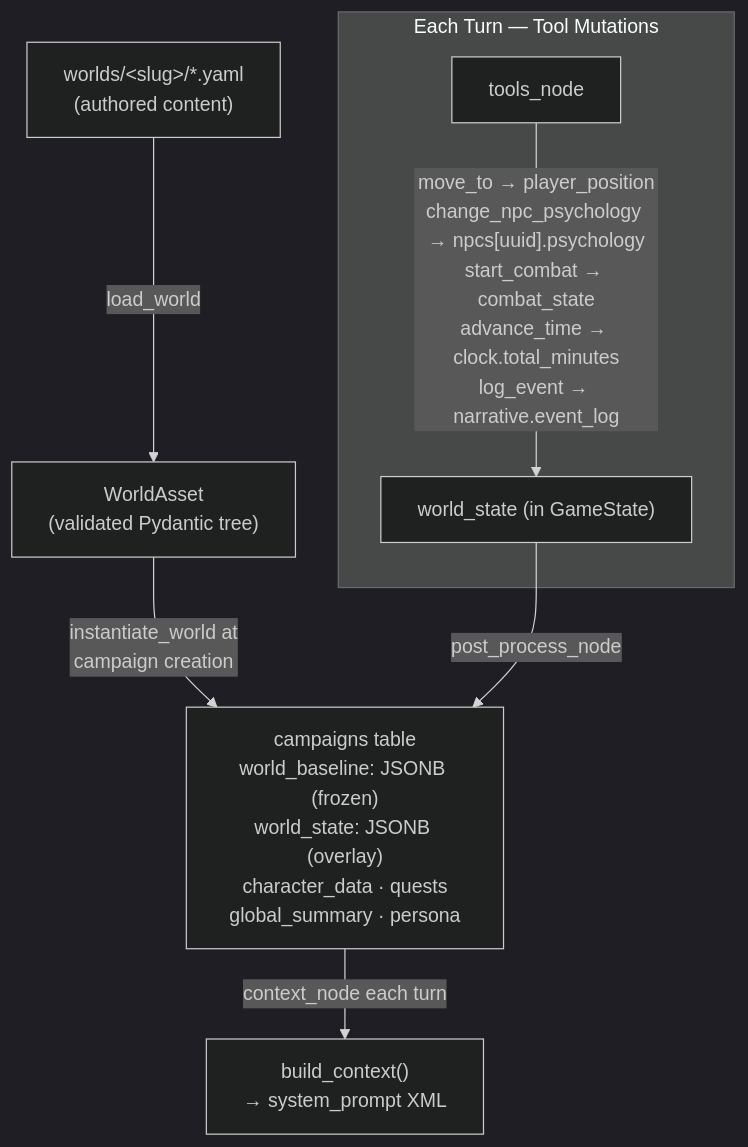
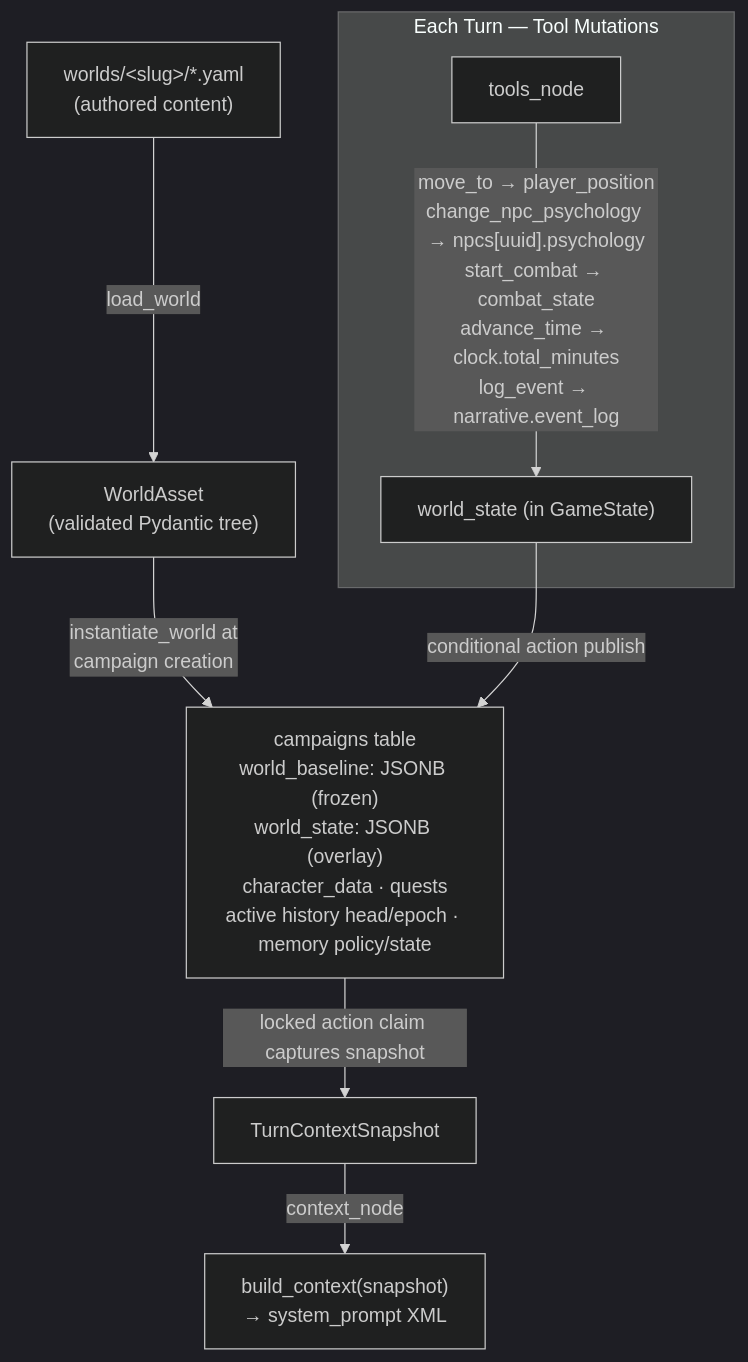
One commit to tommasomattarelli/saga changed the sixth of 7 diagrams in docs/AGENTIC_ARCHITECTURE.md. Above: the diagram before and after it, drawn with Mermaid (dark theme). The commit also changed other lines of this file and 5 other files, not shown here.

````diff
--- a/docs/AGENTIC_ARCHITECTURE.md
+++ b/docs/AGENTIC_ARCHITECTURE.md
@@ -404,12 +394,13 @@
 ```mermaid
 flowchart TD
     WY["worlds/&lt;slug&gt;/*.yaml\n(authored content)"] -->|load_world| WA["WorldAsset\n(validated Pydantic tree)"]
-    WA -->|instantiate_world at\ncampaign creation| CDB["campaigns table\nworld_baseline: JSONB (frozen)\nworld_state: JSONB (overlay)\ncharacter_data · quests\nglobal_summary · persona"]
+    WA -->|instantiate_world at\ncampaign creation| CDB["campaigns table\nworld_baseline: JSONB (frozen)\nworld_state: JSONB (overlay)\ncharacter_data · quests\nactive history head/epoch · memory policy/state"]
 
     subgraph "Each Turn — Tool Mutations"
         TN2["tools_node"] -->|"move_to → player_position\nchange_npc_psychology → npcs[uuid].psychology\nstart_combat → combat_state\nadvance_time → clock.total_minutes\nlog_event → narrative.event_log"| WS["world_state (in GameState)"]
     end
 
-    WS -->|post_process_node| CDB
-    CDB -->|context_node each turn| BC["build_context()\n→ system_prompt XML"]
+    WS -->|conditional action publish| CDB
+    CDB -->|locked action claim captures snapshot| SNAP["TurnContextSnapshot"]
+    SNAP -->|context_node| BC["build_context(snapshot)\n→ system_prompt XML"]
 ```
````
